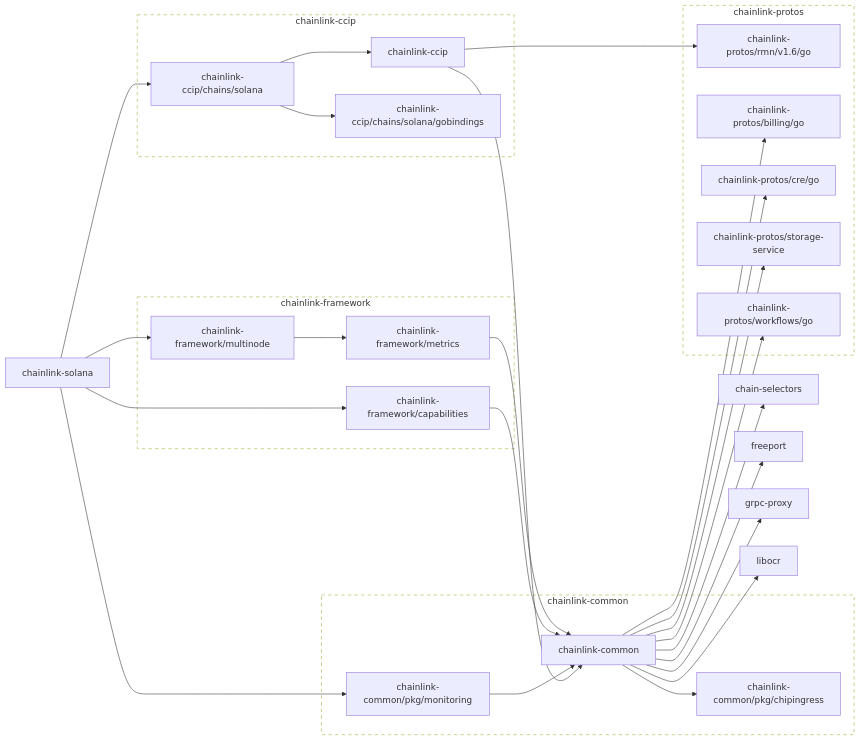
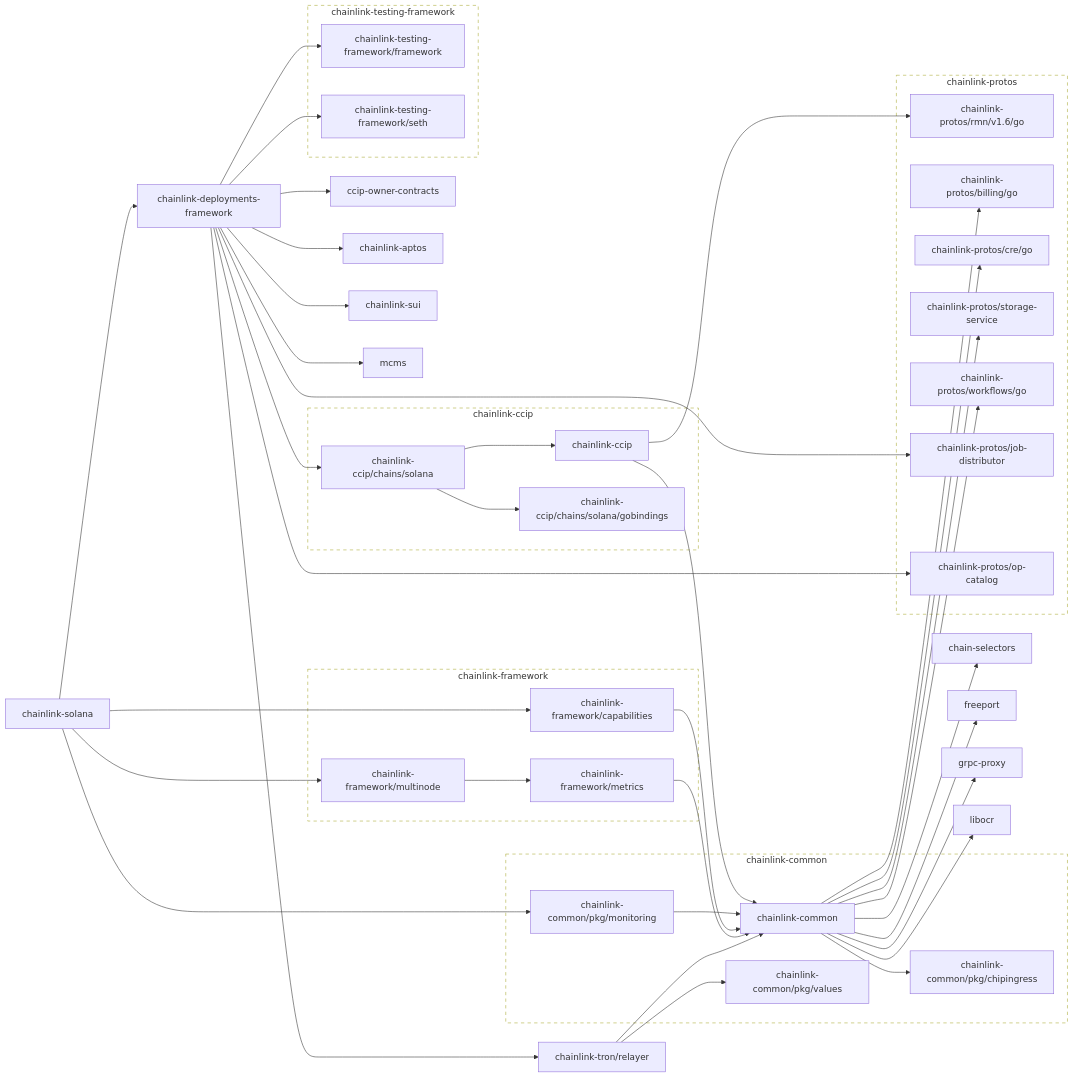
The first of 2 diagrams in go.md (smartcontractkit/chainlink-solana), drawn with Mermaid before and after one commit. The commit also changed other lines of this file, not shown here.

````diff
--- a/go.md
+++ b/go.md
@@ -3,8 +3,12 @@
 ```mermaid
 flowchart LR
 
+	ccip-owner-contracts
+	click ccip-owner-contracts href "https://github.com/smartcontractkit/ccip-owner-contracts"
 	chain-selectors
 	click chain-selectors href "https://github.com/smartcontractkit/chain-selectors"
+	chainlink-aptos
+	click chainlink-aptos href "https://github.com/smartcontractkit/chainlink-aptos"
 	chainlink-ccip --> chainlink-common
 	chainlink-ccip --> chainlink-protos/rmn/v1.6/go
 	click chainlink-ccip href "https://github.com/smartcontractkit/chainlink-ccip"
@@ -27,6 +31,19 @@
 	click chainlink-common/pkg/chipingress href "https://github.com/smartcontractkit/chainlink-common"
 	chainlink-common/pkg/monitoring --> chainlink-common
 	click chainlink-common/pkg/monitoring href "https://github.com/smartcontractkit/chainlink-common"
+	chainlink-common/pkg/values
+	click chainlink-common/pkg/values href "https://github.com/smartcontractkit/chainlink-common"
+	chainlink-deployments-framework --> ccip-owner-contracts
+	chainlink-deployments-framework --> chainlink-aptos
+	chainlink-deployments-framework --> chainlink-ccip/chains/solana
+	chainlink-deployments-framework --> chainlink-protos/job-distributor
+	chainlink-deployments-framework --> chainlink-protos/op-catalog
+	chainlink-deployments-framework --> chainlink-sui
+	chainlink-deployments-framework --> chainlink-testing-framework/framework
+	chainlink-deployments-framework --> chainlink-testing-framework/seth
+	chainlink-deployments-framework --> chainlink-tron/relayer
+	chainlink-deployments-framework --> mcms
+	click chainlink-deployments-framework href "https://github.com/smartcontractkit/chainlink-deployments-framework"
 	chainlink-framework/capabilities --> chainlink-common
 	click chainlink-framework/capabilities href "https://github.com/smartcontractkit/chainlink-framework"
 	chainlink-framework/metrics --> chainlink-common
@@ -37,23 +54,38 @@
 	click chainlink-protos/billing/go href "https://github.com/smartcontractkit/chainlink-protos"
 	chainlink-protos/cre/go
 	click chainlink-protos/cre/go href "https://github.com/smartcontractkit/chainlink-protos"
+	chainlink-protos/job-distributor
+	click chainlink-protos/job-distributor href "https://github.com/smartcontractkit/chainlink-protos"
+	chainlink-protos/op-catalog
+	click chainlink-protos/op-catalog href "https://github.com/smartcontractkit/chainlink-protos"
 	chainlink-protos/rmn/v1.6/go
 	click chainlink-protos/rmn/v1.6/go href "https://github.com/smartcontractkit/chainlink-protos"
 	chainlink-protos/storage-service
 	click chainlink-protos/storage-service href "https://github.com/smartcontractkit/chainlink-protos"
 	chainlink-protos/workflows/go
 	click chainlink-protos/workflows/go href "https://github.com/smartcontractkit/chainlink-protos"
-	chainlink-solana --> chainlink-ccip/chains/solana
 	chainlink-solana --> chainlink-common/pkg/monitoring
+	chainlink-solana --> chainlink-deployments-framework
 	chainlink-solana --> chainlink-framework/capabilities
 	chainlink-solana --> chainlink-framework/multinode
 	click chainlink-solana href "https://github.com/smartcontractkit/chainlink-solana"
+	chainlink-sui
+	click chainlink-sui href "https://github.com/smartcontractkit/chainlink-sui"
+	chainlink-testing-framework/framework
+	click chainlink-testing-framework/framework href "https://github.com/smartcontractkit/chainlink-testing-framework"
+	chainlink-testing-framework/seth
+	click chainlink-testing-framework/seth href "https://github.com/smartcontractkit/chainlink-testing-framework"
+	chainlink-tron/relayer --> chainlink-common
+	chainlink-tron/relayer --> chainlink-common/pkg/values
+	click chainlink-tron/relayer href "https://github.com/smartcontractkit/chainlink-tron"
 	freeport
 	click freeport href "https://github.com/smartcontractkit/freeport"
 	grpc-proxy
 	click grpc-proxy href "https://github.com/smartcontractkit/grpc-proxy"
 	libocr
 	click libocr href "https://github.com/smartcontractkit/libocr"
+	mcms
+	click mcms href "https://github.com/smartcontractkit/mcms"
 
 	subgraph chainlink-ccip-repo[chainlink-ccip]
 		 chainlink-ccip
@@ -66,6 +98,7 @@
 		 chainlink-common
 		 chainlink-common/pkg/chipingress
 		 chainlink-common/pkg/monitoring
+		 chainlink-common/pkg/values
 	end
 	click chainlink-common-repo href "https://github.com/smartcontractkit/chainlink-common"
 
@@ -79,12 +112,20 @@
 	subgraph chainlink-protos-repo[chainlink-protos]
 		 chainlink-protos/billing/go
 		 chainlink-protos/cre/go
+		 chainlink-protos/job-distributor
+		 chainlink-protos/op-catalog
 		 chainlink-protos/rmn/v1.6/go
 		 chainlink-protos/storage-service
 		 chainlink-protos/workflows/go
 	end
 	click chainlink-protos-repo href "https://github.com/smartcontractkit/chainlink-protos"
 
+	subgraph chainlink-testing-framework-repo[chainlink-testing-framework]
+		 chainlink-testing-framework/framework
+		 chainlink-testing-framework/seth
+	end
+	click chainlink-testing-framework-repo href "https://github.com/smartcontractkit/chainlink-testing-framework"
+
 	classDef outline stroke-dasharray:6,fill:none;
-	class chainlink-ccip-repo,chainlink-common-repo,chainlink-framework-repo,chainlink-protos-repo outline
+	class chainlink-ccip-repo,chainlink-common-repo,chainlink-framework-repo,chainlink-protos-repo,chainlink-testing-framework-repo outline
 ```
````
